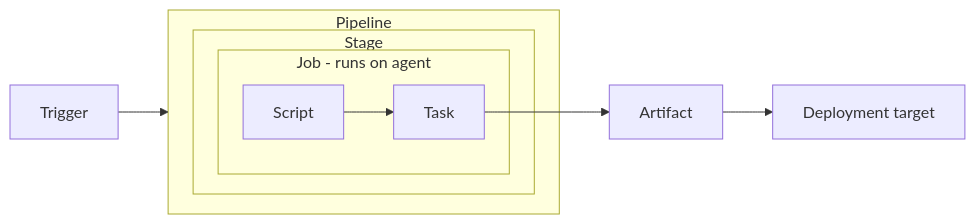
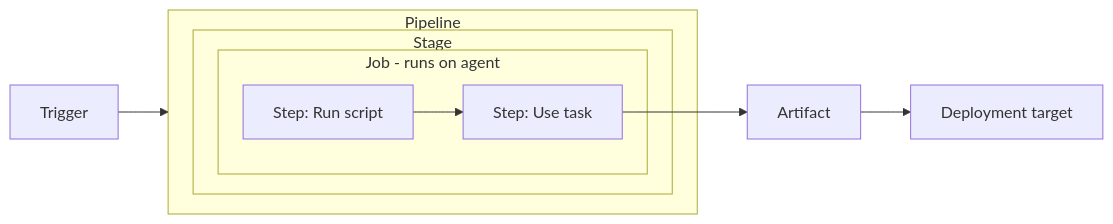
The first of 2 diagrams in devops-to-github-01/README.md (groovy-sky/azure), drawn with Mermaid before and after one commit. The commit also changed other lines of this file and 1 other file, not shown here.

````diff
--- a/devops-to-github-01/README.md
+++ b/devops-to-github-01/README.md
@@ -15,15 +17,15 @@
 ```mermaid
 flowchart LR
     T[Trigger] --> P
 
     subgraph P[Pipeline]
         subgraph S[Stage]
             subgraph J[Job - runs on agent]
-                A[Script] --> B[Task]
+                A[Step: Run script] --> B[Step: Use task]
             end
         end
     end
 
     B --> F[Artifact]
     F --> D[Deployment target]
 ```
````
